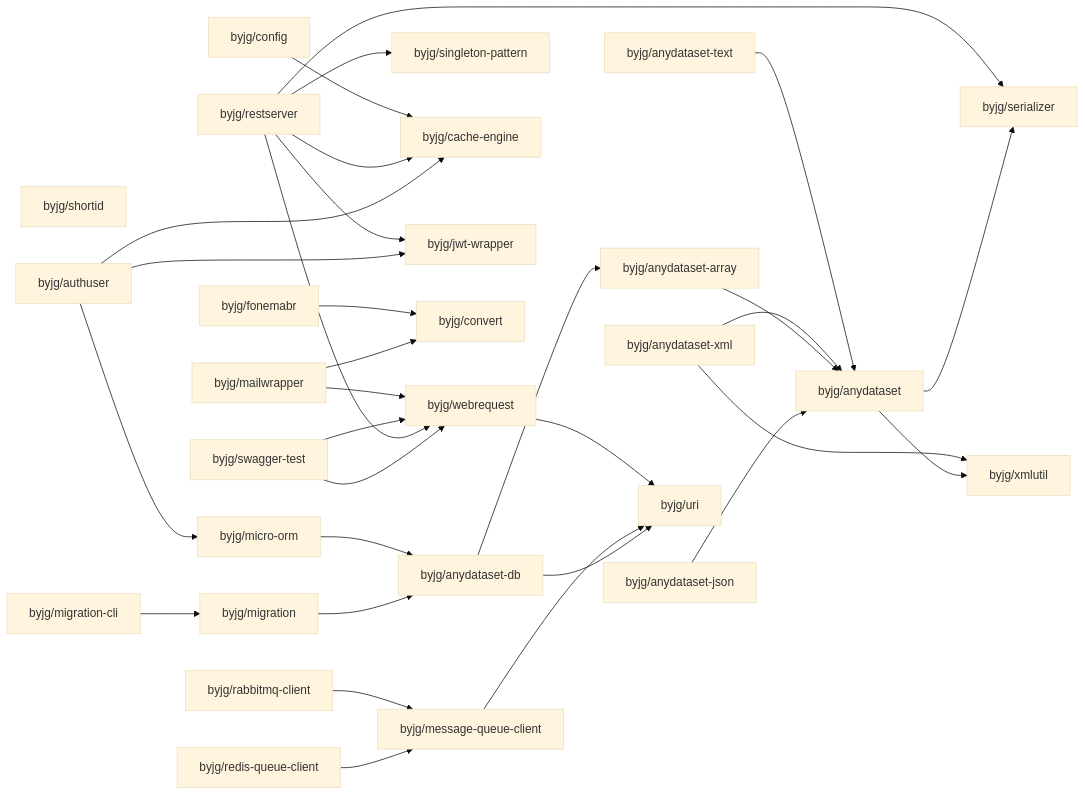
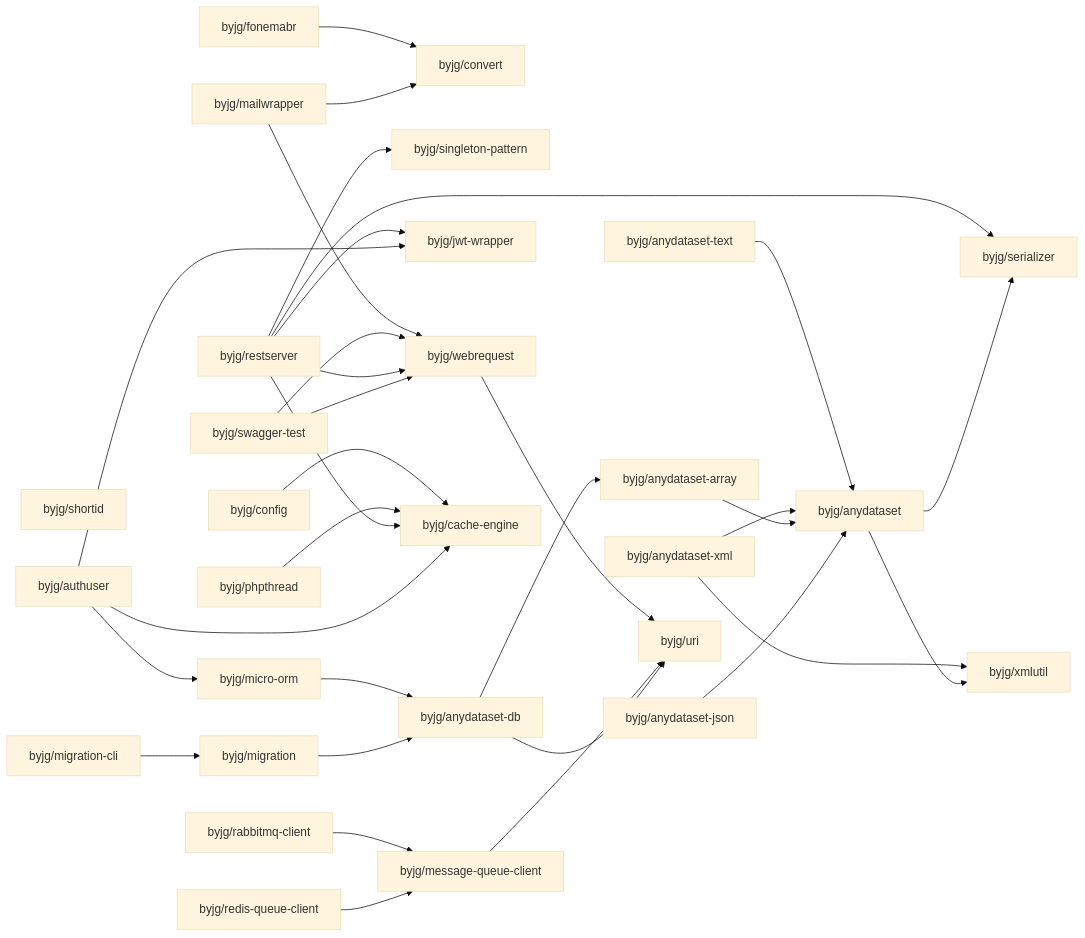
The diagram in php/README.md (byjg/byjg.github.io), drawn with Mermaid (base theme) before and after one commit. The commit also changed 1 other file, not shown here.

Commit message:
Update documentation 'php' 'php-phpthread'

````diff
--- a/php/README.md
+++ b/php/README.md
@@ -3,60 +3,62 @@
 ```mermaid
 graph LR;
+  byjg/anydataset-json;
+  byjg/anydataset-xml;
+  byjg/shortid;
+  byjg/phpthread;
+  byjg/anydataset-text;
+  byjg/migration-cli;
+  byjg/fonemabr;
+  byjg/swagger-test;
+  byjg/mailwrapper;
+  byjg/restserver;
+  byjg/redis-queue-client;
+  byjg/authuser;
+  byjg/rabbitmq-client;
   byjg/config;
-  byjg/redis-queue-client;
-  byjg/anydataset-text;
-  byjg/shortid;
-  byjg/swagger-test;
-  byjg/rabbitmq-client;
-  byjg/anydataset-json;
-  byjg/authuser;
-  byjg/fonemabr;
-  byjg/anydataset-xml;
-  byjg/restserver;
-  byjg/migration-cli;
-  byjg/mailwrapper;
-  byjg/message-queue-client;
-  byjg/micro-orm;
-  byjg/singleton-pattern;
-  byjg/cache-engine;
-  byjg/jwt-wrapper;
   byjg/migration;
   byjg/convert;
+  byjg/singleton-pattern;
   byjg/webrequest;
+  byjg/micro-orm;
+  byjg/jwt-wrapper;
+  byjg/message-queue-client;
+  byjg/cache-engine;
   byjg/anydataset-db;
   byjg/anydataset-array;
   byjg/uri;
   byjg/anydataset;
   byjg/serializer;
   byjg/xmlutil;
   byjg/fonemabr --> byjg/convert;
   byjg/config --> byjg/cache-engine;
   byjg/anydataset-text --> byjg/anydataset;
   byjg/webrequest --> byjg/uri;
   byjg/rabbitmq-client --> byjg/message-queue-client;
   byjg/micro-orm --> byjg/anydataset-db;
+  byjg/phpthread --> byjg/cache-engine;
   byjg/anydataset-xml --> byjg/anydataset;
   byjg/anydataset-xml --> byjg/xmlutil;
   byjg/anydataset-array --> byjg/anydataset;
   byjg/mailwrapper --> byjg/convert;
   byjg/mailwrapper --> byjg/webrequest;
   byjg/message-queue-client --> byjg/uri;
   byjg/anydataset-db --> byjg/anydataset-array;
   byjg/anydataset-db --> byjg/uri;
   byjg/anydataset-json --> byjg/anydataset;
   byjg/migration --> byjg/anydataset-db;
   byjg/swagger-test --> byjg/webrequest;
   byjg/redis-queue-client --> byjg/message-queue-client;
   byjg/restserver --> byjg/serializer;
   byjg/restserver --> byjg/singleton-pattern;
   byjg/restserver --> byjg/cache-engine;
   byjg/restserver --> byjg/webrequest;
   byjg/restserver --> byjg/jwt-wrapper;
   byjg/authuser --> byjg/micro-orm;
   byjg/authuser --> byjg/cache-engine;
   byjg/authuser --> byjg/jwt-wrapper;
   byjg/swagger-test --> byjg/webrequest;
   byjg/migration-cli --> byjg/migration;
   byjg/anydataset --> byjg/serializer;
   byjg/anydataset --> byjg/xmlutil;
 ```
````
